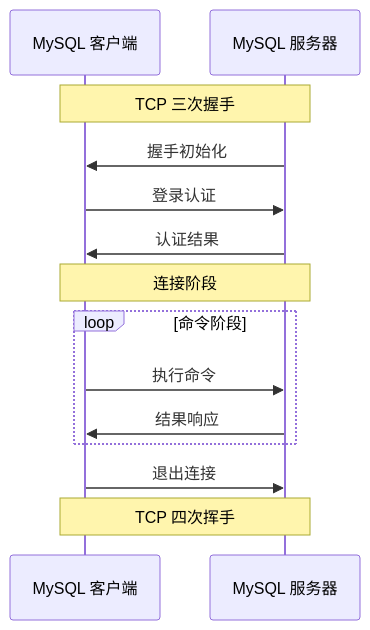
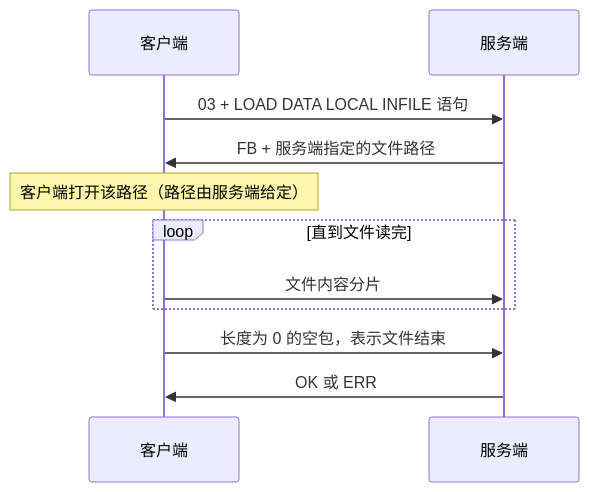
Before and after one commit to hpliStartAgain/my-brain: the sixth of 6 diagrams in content/中间件/MySQL/MySQL内核设计与实现/3.0 第3章 客户端和服务端交互协议.md, drawn with Mermaid. The commit also changed other lines of this file and 455 other files, not shown here.

````diff
--- a/content/中间件/MySQL/MySQL内核设计与实现/3.0 第3章 客户端和服务端交互协议.md
+++ b/content/中间件/MySQL/MySQL内核设计与实现/3.0 第3章 客户端和服务端交互协议.md
@@ -86,17 +736,14 @@
 ```mermaid
+%%{init: {'theme': 'dracula'}}%%
 sequenceDiagram
-    participant Client as MySQL 客户端
-    participant Server as MySQL 服务器
-
-    Note over Client,Server: TCP 三次握手
-    Server->>Client: 握手初始化
-    Client->>Server: 登录认证
-    Server->>Client: 认证结果
-    Note over Client,Server: 连接阶段
-    loop 命令阶段
-        Client->>Server: 执行命令
-        Server->>Client: 结果响应
+    participant C as 客户端
+    participant S as 服务端
+    C->>S: 03 + LOAD DATA LOCAL INFILE 语句
+    S->>C: FB + 服务端指定的文件路径
+    Note over C: 客户端打开该路径（路径由服务端给定）
+    loop 直到文件读完
+        C->>S: 文件内容分片
     end
-    Client->>Server: 退出连接
-    Note over Client,Server: TCP 四次挥手
+    C->>S: 长度为 0 的空包，表示文件结束
+    S->>C: OK 或 ERR
 ```
````
